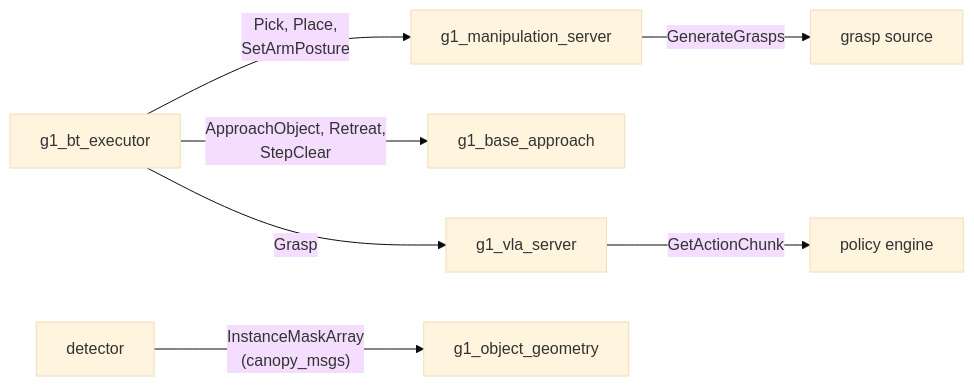
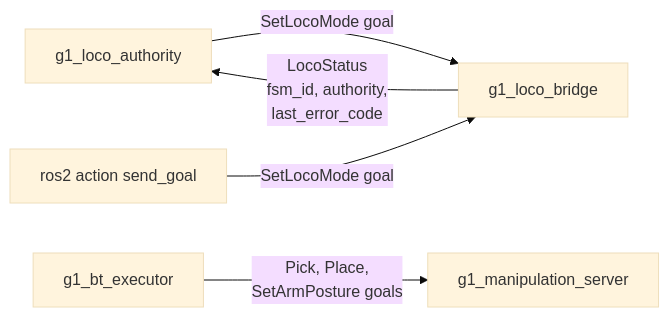
The diagram in workspace/src/g1_msgs/README.md (Mertsr/merts-g1-dex5), drawn with Mermaid (base theme) before and after one commit. The commit also changed other lines of this file and 694 other files, not shown here.

````diff
--- a/workspace/src/g1_msgs/README.md
+++ b/workspace/src/g1_msgs/README.md
@@ -9,9 +9,7 @@
 ```mermaid
 flowchart LR
-    BT["g1_bt_executor"] -- "Pick, Place,<br/>SetArmPosture" --> MS["g1_manipulation_server"]
-    BT -- "ApproachObject, Retreat,<br/>StepClear" --> BA["g1_base_approach"]
-    BT -- "Grasp" --> VS["g1_vla_server"]
-    VS -- "GetActionChunk" --> PE["policy engine"]
-    MS -- "GenerateGrasps" --> GS["grasp source"]
-    D["detector"] -- "InstanceMaskArray<br/>(canopy_msgs)" --> G["g1_object_geometry"]
+    AU["g1_loco_authority"] -- "SetLocoMode goal" --> BR["g1_loco_bridge"]
+    CLI["ros2 action send_goal"] -- "SetLocoMode goal" --> BR
+    BR -- "LocoStatus<br/>fsm_id, authority,<br/>last_error_code" --> AU
+    BT["g1_bt_executor"] -- "Pick, Place,<br/>SetArmPosture goals" --> MS["g1_manipulation_server"]
 ```
````
